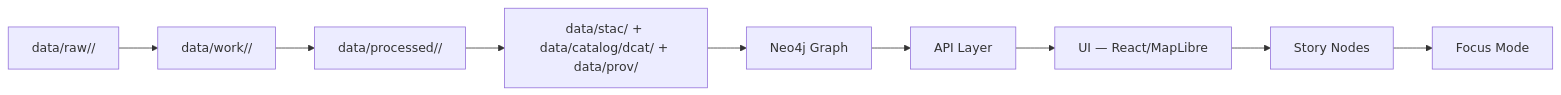
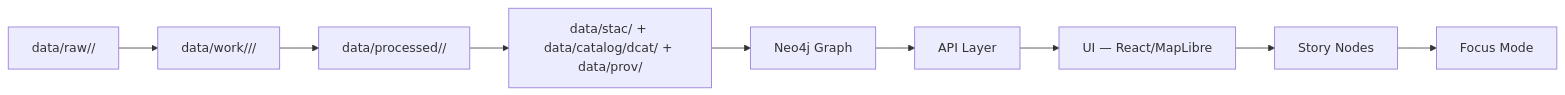
Before and after one commit to bartytime4life/Kansas-Frontier-Matrix: the first of 2 diagrams in data/work/README.md, drawn with Mermaid. The commit also changed other lines of this file, not shown here.

First line of the commit message:
Update README for data/work with version 1.1.0

```diff
--- a/data/work/README.md
+++ b/data/work/README.md
@@ -182,11 +205,11 @@
 ~~~mermaid
 flowchart LR
-  RAW["data/raw/<domain>/"] --> WORK["data/work/<domain>/"]
+  RAW["data/raw/<domain>/"] --> WORK["data/work/<domain>/<run_id>/"]
   WORK --> PROC["data/processed/<domain>/"]
-  PROC --> STAC["data/stac/ + data/catalog/dcat/ + data/prov/"]
-  STAC --> GRAPH["Neo4j Graph"]
+  PROC --> CAT["data/stac/ + data/catalog/dcat/ + data/prov/"]
+  CAT --> GRAPH["Neo4j Graph"]
   GRAPH --> API["API Layer"]
   API --> UI["UI — React/MapLibre"]
   UI --> STORY["Story Nodes"]
   STORY --> FOCUS["Focus Mode"]
 ~~~
```
